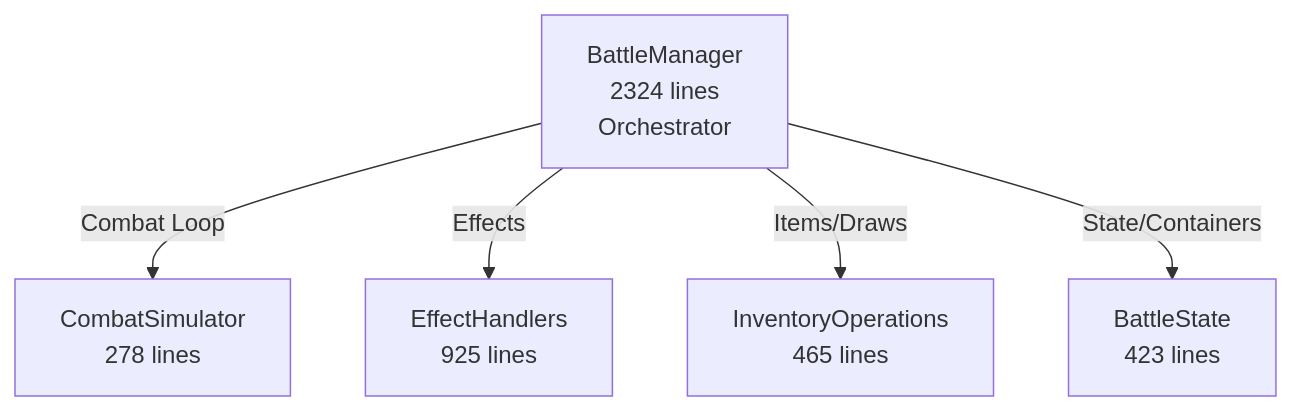
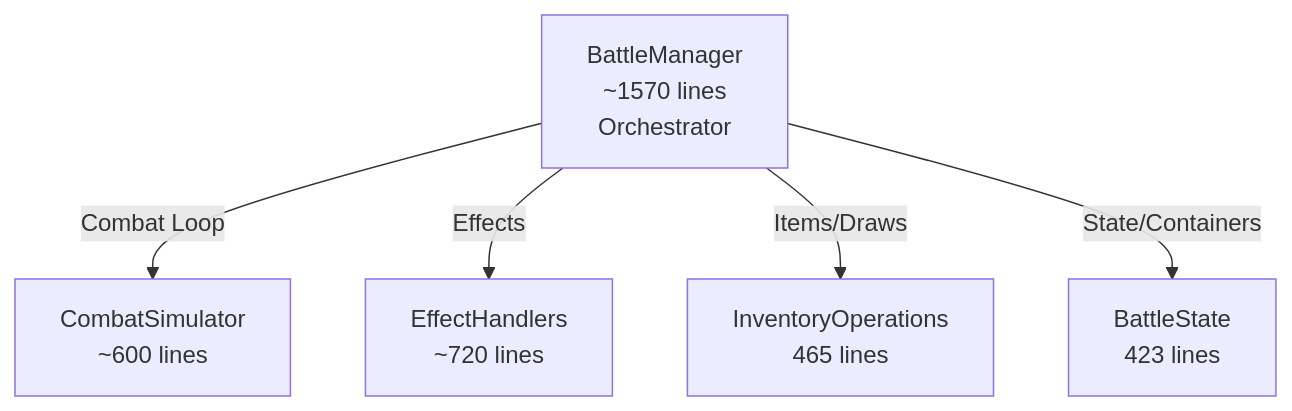
One commit to OVagamundo/Flashcard-Heroes changed the diagram in docs/CombatSystem.md. Above: the diagram before and after it, drawn with Mermaid. The commit also changed other lines of this file and 118 other files, not shown here.

````diff
--- a/docs/CombatSystem.md
+++ b/docs/CombatSystem.md
@@ -28,14 +28,14 @@
 ```mermaid
 graph TD
-    BM[BattleManager<br/>2324 lines<br/>Orchestrator]
+    BM[BattleManager<br/>~1570 lines<br/>Orchestrator]
     
-    CS[CombatSimulator<br/>278 lines]
-    EH[EffectHandlers<br/>925 lines]
+    CS[CombatSimulator<br/>~600 lines]
+    EH[EffectHandlers<br/>~720 lines]
     IO[InventoryOperations<br/>465 lines]
     BS[BattleState<br/>423 lines]
     
     BM --> |Combat Loop|CS
     BM --> |Effects|EH
     BM --> |Items/Draws|IO
     BM --> |State/Containers|BS
 ```
````
